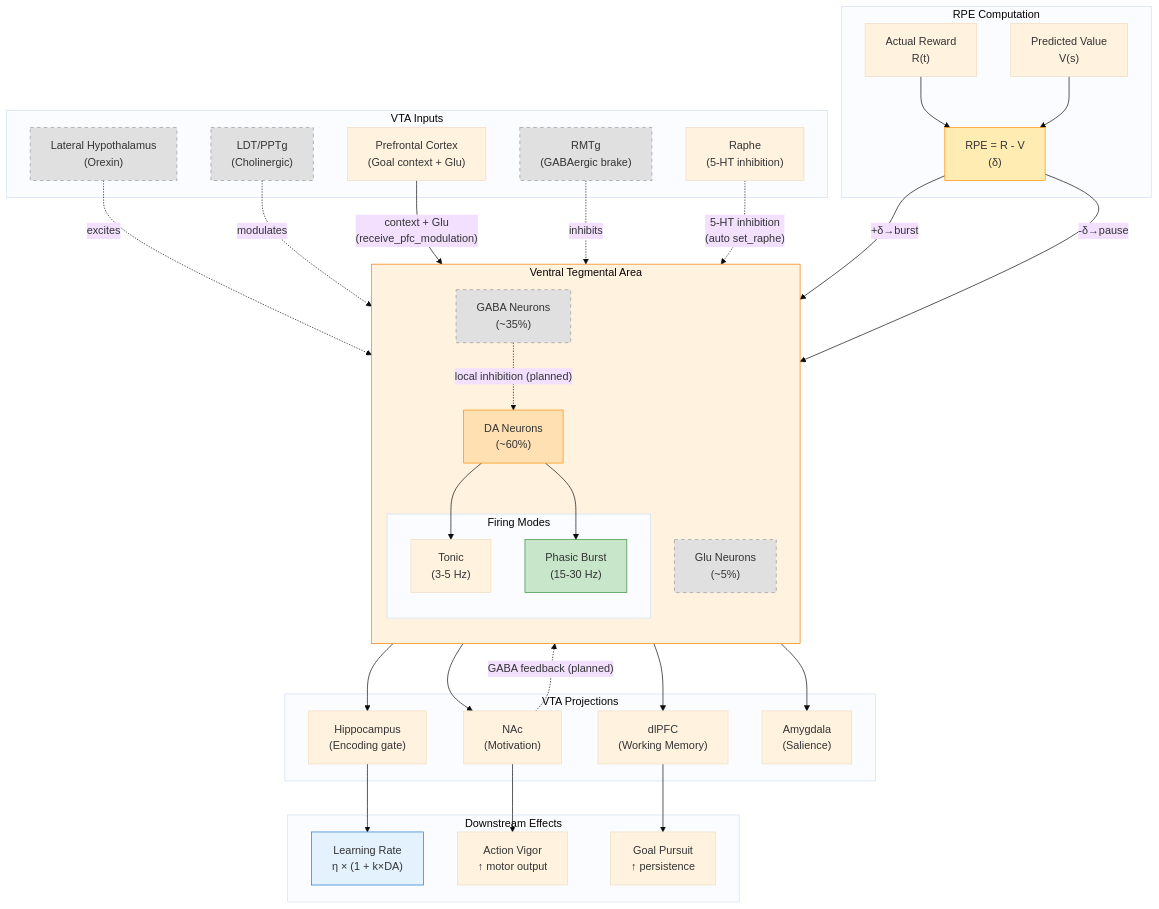
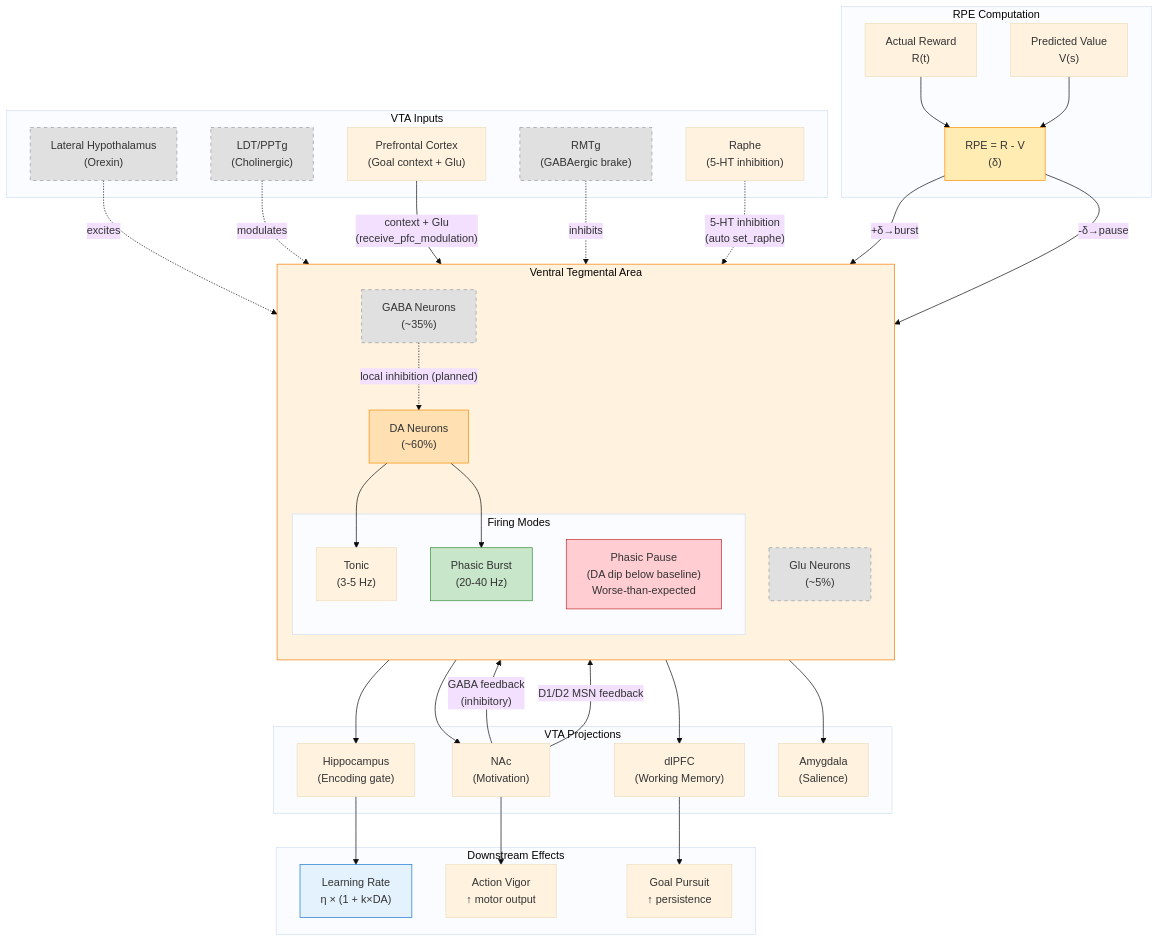
One commit to astoreyai/t4d changed the diagram in docs/diagrams/vta_circuit.mermaid. Above: the diagram before and after it, drawn with Mermaid. The commit also changed 31 other files, not shown here.

```diff
--- a/docs/diagrams/vta_circuit.mermaid
+++ b/docs/diagrams/vta_circuit.mermaid
@@ -1,81 +1,84 @@
 %%{init: {'theme': 'base', 'themeVariables': { 'primaryColor': '#fff3e0'}}}%%
 flowchart TB
     subgraph Inputs["VTA Inputs"]
         LH["Lateral Hypothalamus<br/>(Orexin)"]:::planned
         LDT["LDT/PPTg<br/>(Cholinergic)"]:::planned
         PFC["Prefrontal Cortex<br/>(Goal context + Glu)"]
         RMTg["RMTg<br/>(GABAergic brake)"]:::planned
         RAPHE_IN["Raphe<br/>(5-HT inhibition)"]
     end
 
     subgraph VTA["Ventral Tegmental Area"]
         direction TB
         DA_NEURON["DA Neurons<br/>(~60%)"]
         GABA_NEURON["GABA Neurons<br/>(~35%)"]:::planned
         GLU_NEURON["Glu Neurons<br/>(~5%)"]:::planned
 
         subgraph Firing["Firing Modes"]
             TONIC["Tonic<br/>(3-5 Hz)"]
-            PHASIC["Phasic Burst<br/>(15-30 Hz)"]
+            PHASIC["Phasic Burst<br/>(20-40 Hz)"]
+            PHASIC_PAUSE["Phasic Pause<br/>(DA dip below baseline)<br/>Worse-than-expected"]
         end
     end
 
     subgraph Computation["RPE Computation"]
         REWARD["Actual Reward<br/>R(t)"]
         PREDICT["Predicted Value<br/>V(s)"]
         RPE["RPE = R - V<br/>(δ)"]
     end
 
     subgraph Outputs["VTA Projections"]
         NAC["NAc<br/>(Motivation)"]
         DLPFC["dlPFC<br/>(Working Memory)"]
         HPC["Hippocampus<br/>(Encoding gate)"]
         AMY["Amygdala<br/>(Salience)"]
     end
 
     subgraph Effects["Downstream Effects"]
         LR_MOD["Learning Rate<br/>η × (1 + k×DA)"]
         VIGOR["Action Vigor<br/>↑ motor output"]
         GOAL["Goal Pursuit<br/>↑ persistence"]
     end
 
     %% Input connections
     LH -.->|"excites"| DA_NEURON
     LDT -.->|"modulates"| DA_NEURON
     PFC -->|"context + Glu<br/>(receive_pfc_modulation)"| DA_NEURON
     RMTg -.->|"inhibits"| DA_NEURON
     RAPHE_IN -.->|"5-HT inhibition<br/>(auto set_raphe)"| DA_NEURON
 
     %% VTA internal
     DA_NEURON --> TONIC
     DA_NEURON --> PHASIC
     GABA_NEURON -.->|"local inhibition (planned)"| DA_NEURON
 
     %% Computation
     REWARD --> RPE
     PREDICT --> RPE
     RPE -->|"+δ→burst"| PHASIC
-    RPE -->|"-δ→pause"| TONIC
+    RPE -->|"-δ→pause"| PHASIC_PAUSE
 
     %% Outputs
     DA_NEURON --> NAC
     DA_NEURON --> DLPFC
     DA_NEURON --> HPC
     DA_NEURON --> AMY
 
     %% Mesolimbic feedback loop (Watabe-Uchida 2012)
-    NAC -.->|"GABA feedback (planned)"| GABA_NEURON
+    NAC -->|"GABA feedback<br/>(inhibitory)"| GABA_NEURON
+    NAC -->|"D1/D2 MSN feedback"| DA_NEURON
 
     %% Effects
     NAC --> VIGOR
     DLPFC --> GOAL
     HPC --> LR_MOD
 
     %% Styling
     classDef planned fill:#e0e0e0,stroke:#999,stroke-dasharray: 5 5
 
     style VTA fill:#fff3e0,stroke:#f57c00
     style RPE fill:#ffecb3,stroke:#ff8f00
     style DA_NEURON fill:#ffe0b2,stroke:#fb8c00
     style PHASIC fill:#c8e6c9,stroke:#388e3c
+    style PHASIC_PAUSE fill:#ffcdd2,stroke:#c62828
     style LR_MOD fill:#e3f2fd,stroke:#1976d2
```
